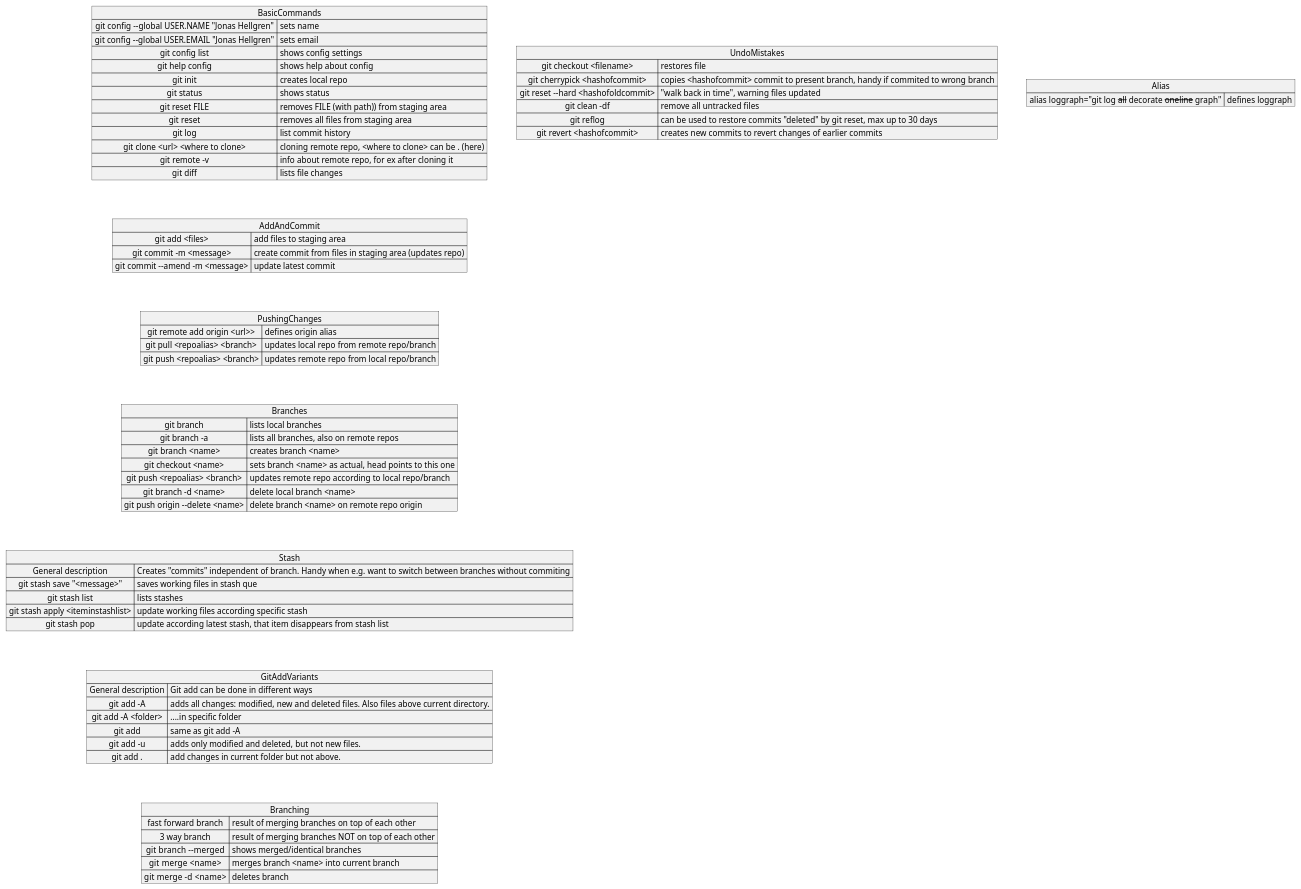
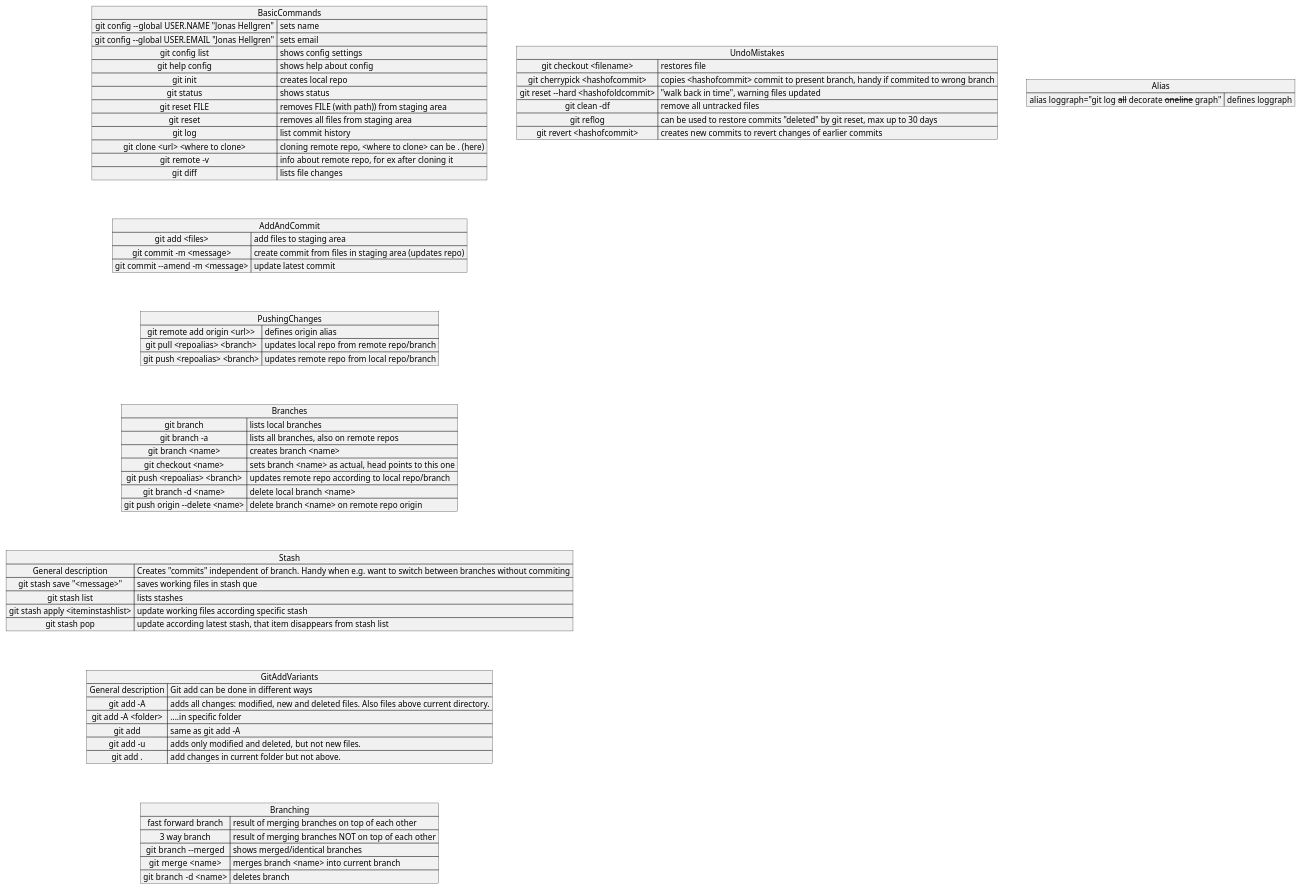
Before and after one commit to JonasHellgren/GitCommands: the diagram in src/documentation/GitCommands.puml, drawn with PlantUML. The commit also changed 1 other file, not shown here.

```diff
--- a/src/documentation/GitCommands.puml
+++ b/src/documentation/GitCommands.puml
@@ -1,85 +1,85 @@
 @startuml
 map BasicCommands {
  git config --global USER.NAME "Jonas Hellgren" => sets name
  git config --global USER.EMAIL "Jonas Hellgren" => sets email
  git config list => shows config settings
  git help config  => shows help about config
  git init  => creates local repo
  git status  => shows status
  git reset FILE  => removes FILE (with path)) from staging area
  git reset   => removes all files from staging area
  git log   => list commit history
  git clone <url> <where to clone>  => cloning remote repo, <where to clone> can be . (here)
  git remote -v  => info about remote repo, for ex after cloning it
  git diff  => lists file changes
 }
 
 map AddAndCommit {
  git add <files>  => add files to staging area
  git commit -m <message>  => create commit from files in staging area (updates repo)
  git commit --amend -m <message>  => update latest commit
 }
 
 map PushingChanges {
  git remote add origin <url>>  => defines origin alias
  git pull <repoalias> <branch>  => updates local repo from remote repo/branch
  git push <repoalias> <branch>  => updates remote repo from local repo/branch
 }
 
 map Branches {
  git branch => lists local branches
  git branch -a  => lists all branches, also on remote repos
  git branch <name>  => creates branch <name>
  git checkout <name>  => sets branch <name> as actual, head points to this one
  git push <repoalias> <branch>  => updates remote repo according to local repo/branch
  git branch -d <name> => delete local branch <name>
  git push origin --delete <name> => delete branch <name> on remote repo origin
 }
 
 map UndoMistakes {
  git checkout <filename>  => restores file
  git cherrypick <hashofcommit>  => copies <hashofcommit> commit to present branch, handy if commited to wrong branch
  git reset --hard <hashofoldcommit>  => "walk back in time", warning files updated
  git clean -df  => remove all untracked files
  git reflog => can be used to restore commits "deleted" by git reset, max up to 30 days
  git revert <hashofcommit> => creates new commits to revert changes of earlier commits
 }
 
 map Stash {
  General description => Creates "commits" independent of branch. Handy when e.g. want to switch between branches without commiting
  git stash save "<message>" =>  saves working files in stash que
  git stash list => lists stashes
  git stash apply <iteminstashlist>  => update working files according specific stash
  git stash pop   => update according latest stash, that item disappears from stash list
 }
 
 map GitAddVariants {
  General description => Git add can be done in different ways
  git add -A => adds all changes: modified, new and deleted files. Also files above current directory.
  git add -A <folder> => ....in specific folder
  git add  => same as git add -A
  git add -u  => adds only modified and deleted, but not new files.
  git add . => add changes in current folder but not above.
 }
 
 map Alias {
  alias loggraph="git log --all --decorate --oneline --graph"  => defines loggraph
 }
 
 map Branching {
  fast forward branch => result of merging branches on top of each other
  3 way branch => result of merging branches NOT on top of each other
  git  branch --merged => shows merged/identical branches
  git  merge <name> => merges branch <name> into current branch
- git  merge -d <name>  => deletes branch
+ git  branch -d <name>  => deletes branch
 }
 
 BasicCommands --[hidden]> AddAndCommit
 AddAndCommit --[hidden]> PushingChanges
 PushingChanges --[hidden]> Branches
 Branches --[hidden]> Stash
 Stash --[hidden]> GitAddVariants
 GitAddVariants --[hidden]> Branching
 Branching --[hidden]> Branching
 
 @enduml
```
